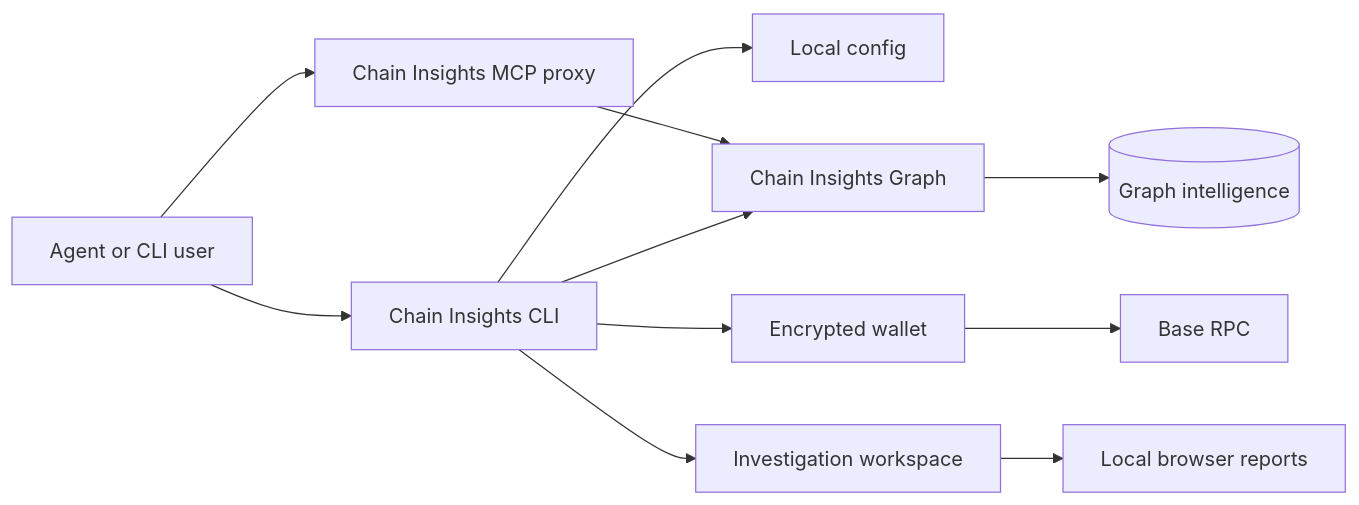
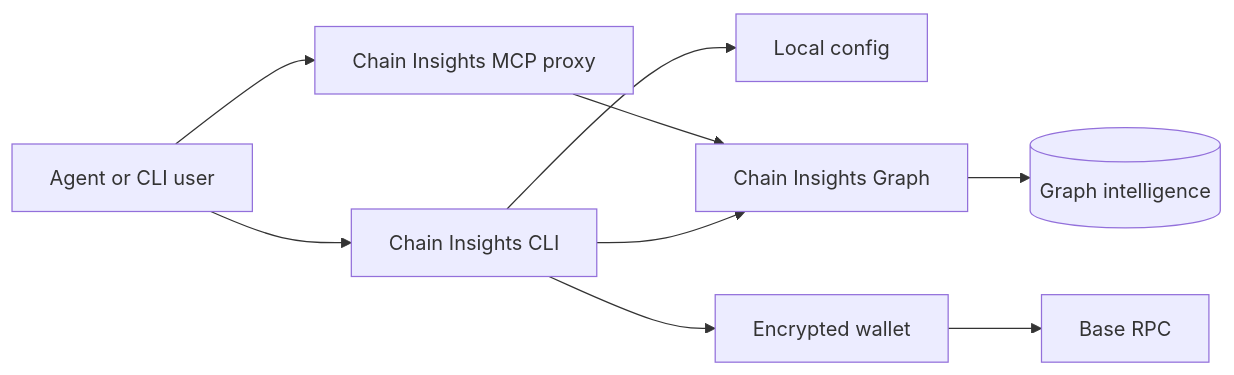
Before and after one commit to chainswarm/chain-insights: the diagram in docs/architecture.md, drawn with Mermaid. The commit also changed other lines of this file and 56 other files, not shown here.

````diff
--- a/docs/architecture.md
+++ b/docs/architecture.md
@@ -9,13 +8,11 @@
 ```mermaid
 flowchart LR
   Agent[Agent or CLI user] --> Proxy[Chain Insights MCP proxy]
   Agent --> CLI[Chain Insights CLI]
   CLI --> Config[Local config]
   CLI --> Wallet[Encrypted wallet]
-  CLI --> Workspace[Investigation workspace]
   Proxy --> ChainInsightsGraph[Chain Insights Graph]
   CLI --> ChainInsightsGraph
   ChainInsightsGraph --> GraphData[(Graph intelligence)]
   Wallet --> Base[Base RPC]
-  Workspace --> Browser[Local browser reports]
 ```
````
